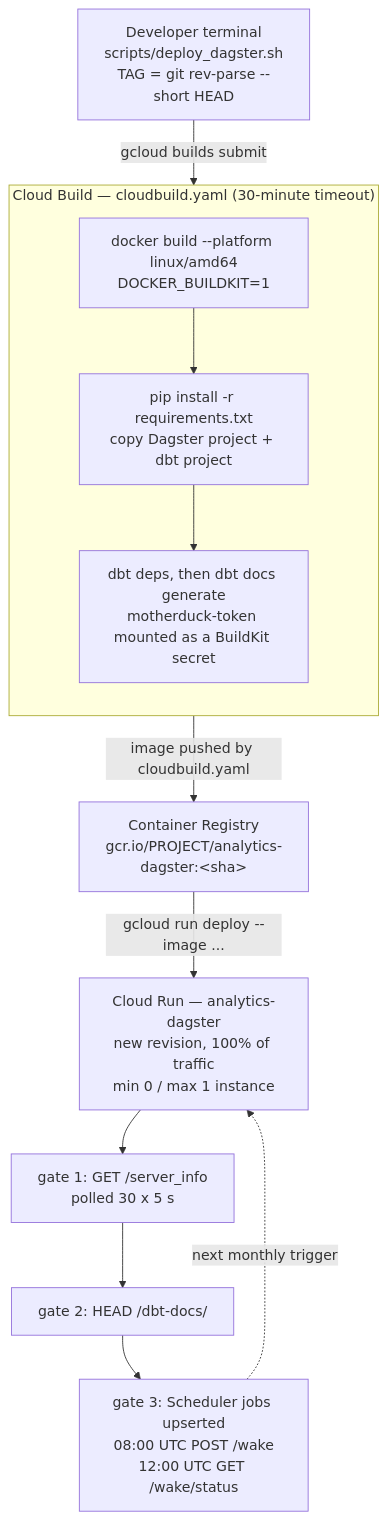
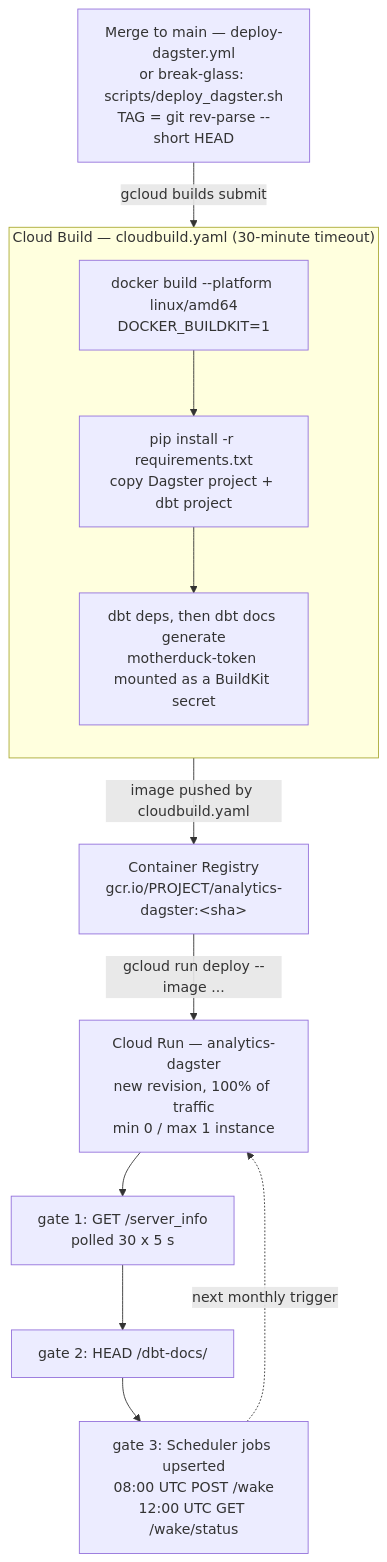
One commit to antipev/analytics-engineering changed the fifth of 5 diagrams in README.md. Above: the diagram before and after it, drawn with Mermaid. The commit also changed other lines of this file and 2 other files, not shown here.

First line of the commit message:
release: make the deployed revision own traffic and document the break-glass path

````diff
--- a/README.md
+++ b/README.md
@@ -387,24 +387,24 @@
 ```mermaid
 flowchart TB
-  DEV["Developer terminal<br/>scripts/deploy_dagster.sh<br/>TAG = git rev-parse --short HEAD"]
+  DEV["Merge to main — deploy-dagster.yml<br/>or break-glass: scripts/deploy_dagster.sh<br/>TAG = git rev-parse --short HEAD"]
 
   subgraph BUILD["Cloud Build — cloudbuild.yaml (30-minute timeout)"]
     direction TB
     B1["docker build --platform linux/amd64<br/>DOCKER_BUILDKIT=1"]
     B2["pip install -r requirements.txt<br/>copy Dagster project + dbt project"]
     B3["dbt deps, then dbt docs generate<br/>motherduck-token mounted as a BuildKit secret"]
     B1 --> B2 --> B3
   end
 
   REG["Container Registry<br/>gcr.io/PROJECT/analytics-dagster:&lt;sha&gt;"]
   RUN["Cloud Run — analytics-dagster<br/>new revision, 100% of traffic<br/>min 0 / max 1 instance"]
   READY["gate 1: GET /server_info<br/>polled 30 x 5 s"]
   DOCS["gate 2: HEAD /dbt-docs/"]
   SCHED["gate 3: Scheduler jobs upserted<br/>08:00 UTC POST /wake<br/>12:00 UTC GET /wake/status"]
 
   DEV -->|"gcloud builds submit"| B1
   B3 -->|"image pushed by cloudbuild.yaml"| REG
   REG -->|"gcloud run deploy --image ..."| RUN
   RUN --> READY --> DOCS --> SCHED
   SCHED -.->|"next monthly trigger"| RUN
 ```
````
